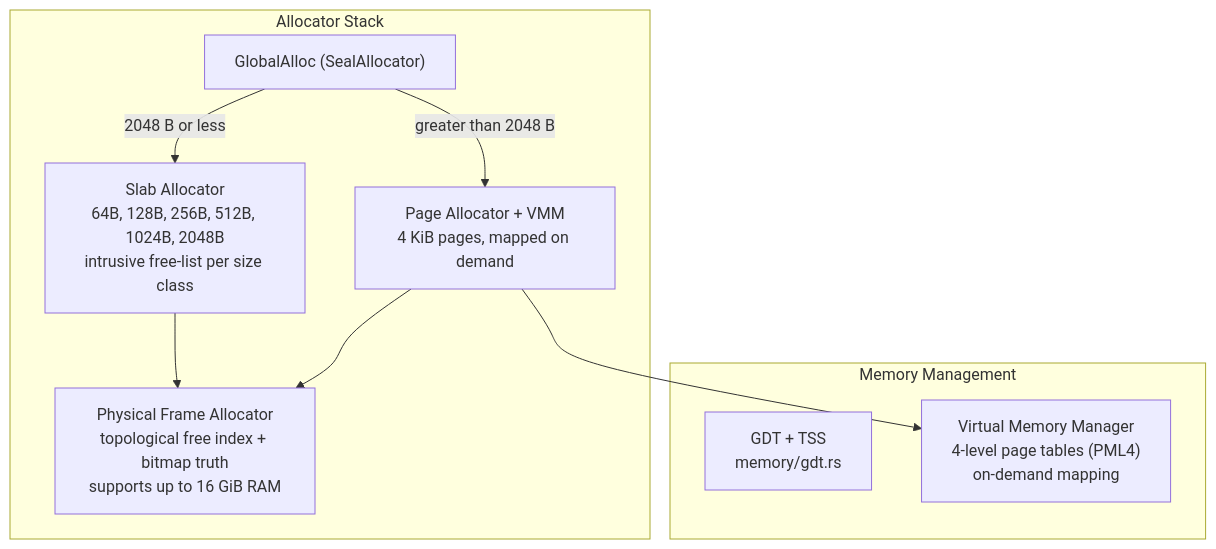
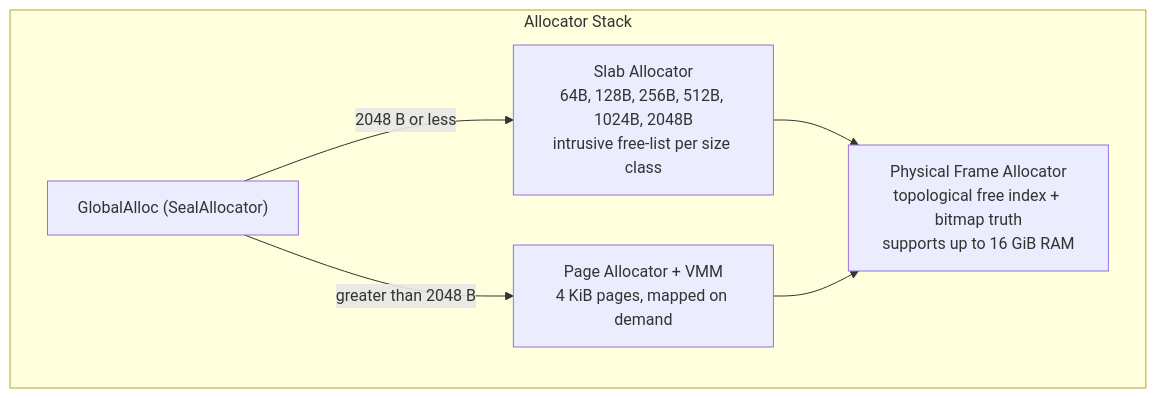
Before and after one commit to teerthsharma/Epsilon-Hollow: the third of 12 diagrams in README.md, drawn with Mermaid. The commit also changed other lines of this file and 61 other files, not shown here.

````diff
--- a/README.md
+++ b/README.md
@@ -497,21 +633,14 @@
 ```mermaid
 graph TD
     subgraph SG12["Allocator Stack"]
         GLOBAL["GlobalAlloc (SealAllocator)"]
         SLAB["Slab Allocator<br/>64B, 128B, 256B, 512B, 1024B, 2048B<br/>intrusive free-list per size class"]
         PAGE["Page Allocator + VMM<br/>4 KiB pages, mapped on demand"]
         PHYS["Physical Frame Allocator<br/>topological free index + bitmap truth<br/>supports up to 16 GiB RAM"]
     end
 
     GLOBAL -->|"2048 B or less"| SLAB
     GLOBAL -->|"greater than 2048 B"| PAGE
     SLAB --> PHYS
     PAGE --> PHYS
-
-    subgraph SG13["Memory Management"]
-        GDT["GDT + TSS<br/>memory/gdt.rs"]
-        VIRT["Virtual Memory Manager<br/>4-level page tables (PML4)<br/>on-demand mapping"]
-    end
-
-    PAGE --> VIRT
 ```
````
